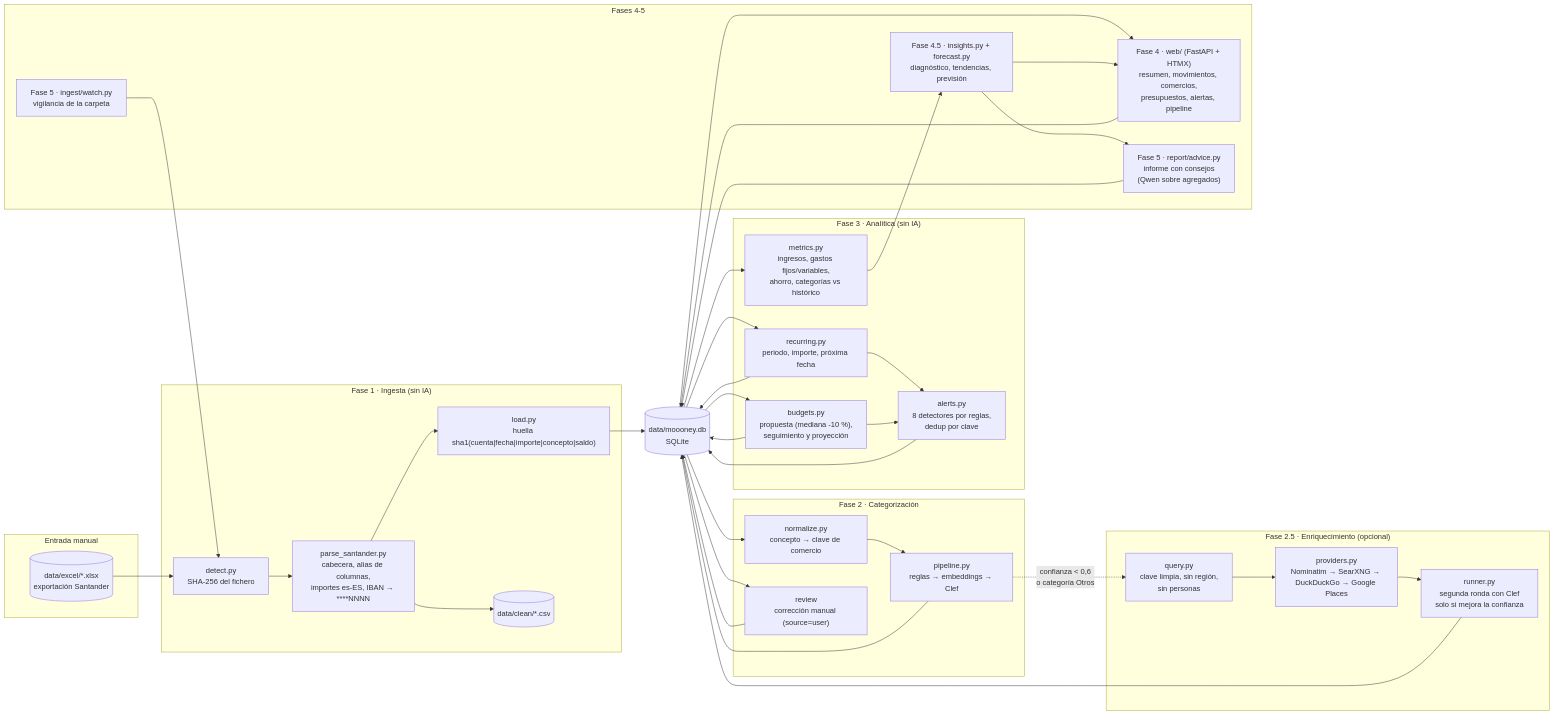
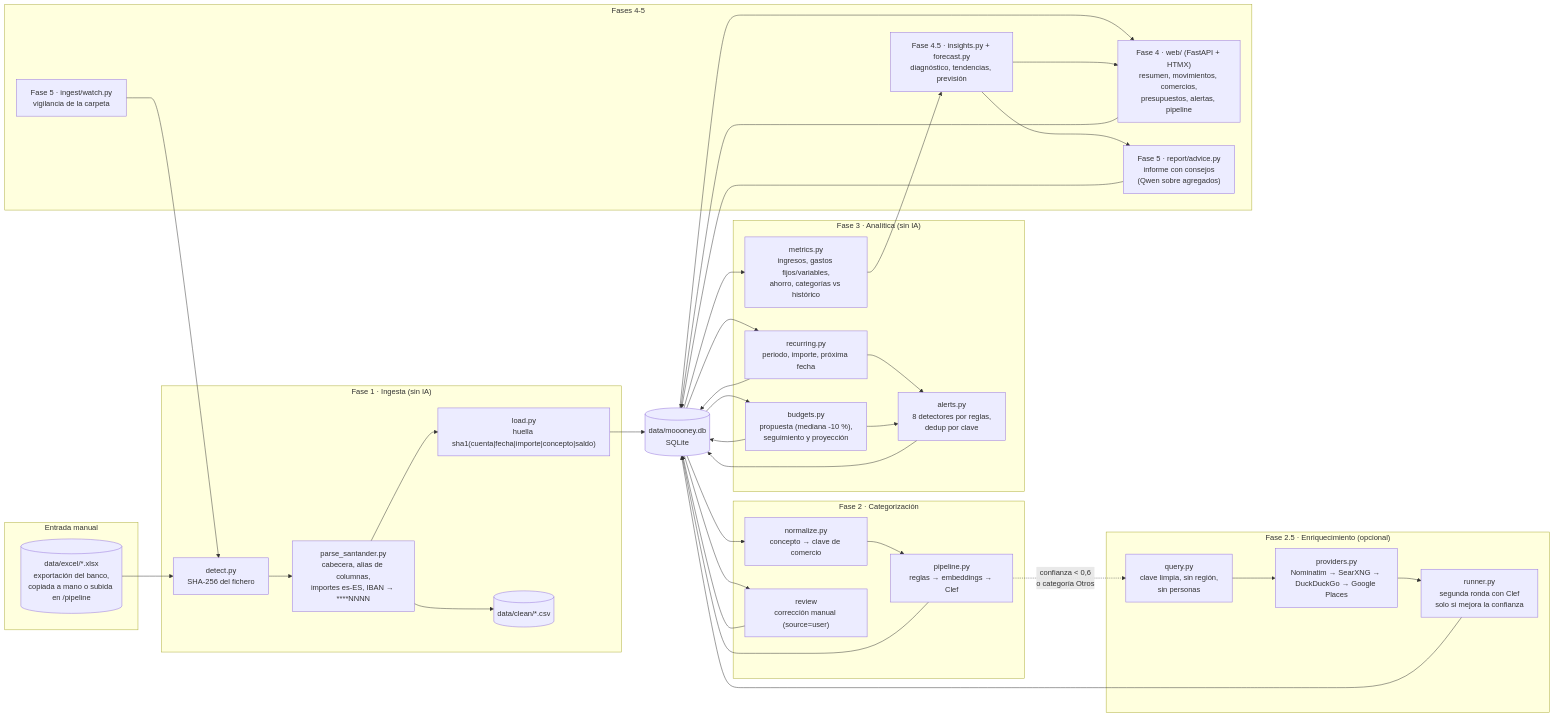
Before and after one commit to scavero/moooney: the first of 4 diagrams in docs/ARQUITECTURA.md, drawn with Mermaid. The commit also changed 10 other files, not shown here.

First line of the commit message:
feat(web): subir Excel desde la página Pipeline

````diff
--- a/docs/ARQUITECTURA.md
+++ b/docs/ARQUITECTURA.md
@@ -12,59 +12,59 @@
 ```mermaid
 flowchart LR
     subgraph entrada["Entrada manual"]
-        XLSX[("data/excel/*.xlsx<br/>exportación Santander")]
+        XLSX[("data/excel/*.xlsx<br/>exportación del banco,<br/>copiada a mano o subida en /pipeline")]
     end
 
     subgraph f1["Fase 1 · Ingesta (sin IA)"]
         DETECT["detect.py<br/>SHA-256 del fichero"]
         PARSE["parse_santander.py<br/>cabecera, alias de columnas,<br/>importes es-ES, IBAN → ****NNNN"]
         LOAD["load.py<br/>huella sha1(cuenta|fecha|importe|concepto|saldo)"]
         CSV[("data/clean/*.csv")]
     end
 
     subgraph f2["Fase 2 · Categorización"]
         NORM["normalize.py<br/>concepto → clave de comercio"]
         CASCADE["pipeline.py<br/>reglas → embeddings → Clef"]
         REVIEW["review<br/>corrección manual (source=user)"]
     end
 
     subgraph f25["Fase 2.5 · Enriquecimiento (opcional)"]
         QUERY["query.py<br/>clave limpia, sin región,<br/>sin personas"]
         PROV["providers.py<br/>Nominatim → SearXNG → DuckDuckGo → Google Places"]
         ROUND2["runner.py<br/>segunda ronda con Clef<br/>solo si mejora la confianza"]
     end
 
     subgraph f3["Fase 3 · Analítica (sin IA)"]
         RECUR["recurring.py<br/>periodo, importe, próxima fecha"]
         METRICS["metrics.py<br/>ingresos, gastos fijos/variables,<br/>ahorro, categorías vs histórico"]
         BUDGET["budgets.py<br/>propuesta (mediana -10 %),<br/>seguimiento y proyección"]
         ALERTS["alerts.py<br/>8 detectores por reglas,<br/>dedup por clave"]
     end
 
     subgraph f45["Fases 4-5"]
         GUI["Fase 4 · web/ (FastAPI + HTMX)<br/>resumen, movimientos, comercios,<br/>presupuestos, alertas, pipeline"]
         INS["Fase 4.5 · insights.py + forecast.py<br/>diagnóstico, tendencias, previsión"]
         REPORT["Fase 5 · report/advice.py<br/>informe con consejos<br/>(Qwen sobre agregados)"]
         WATCH["Fase 5 · ingest/watch.py<br/>vigilancia de la carpeta"]
     end
 
     DB[("data/moooney.db<br/>SQLite")]
 
     XLSX --> DETECT --> PARSE --> LOAD
     PARSE --> CSV
     LOAD --> DB
     DB --> NORM --> CASCADE --> DB
     DB --> REVIEW --> DB
     CASCADE -. "confianza < 0,6<br/>o categoría Otros" .-> QUERY --> PROV --> ROUND2 --> DB
     DB --> RECUR --> DB
     DB --> METRICS
     DB --> BUDGET --> DB
     RECUR --> ALERTS
     BUDGET --> ALERTS --> DB
     DB --> GUI --> DB
     METRICS --> INS --> GUI
     INS --> REPORT --> DB
     WATCH --> DETECT
 
     classDef todo fill:#eee,stroke:#999,color:#666,stroke-dasharray: 4 3
 ```
````
